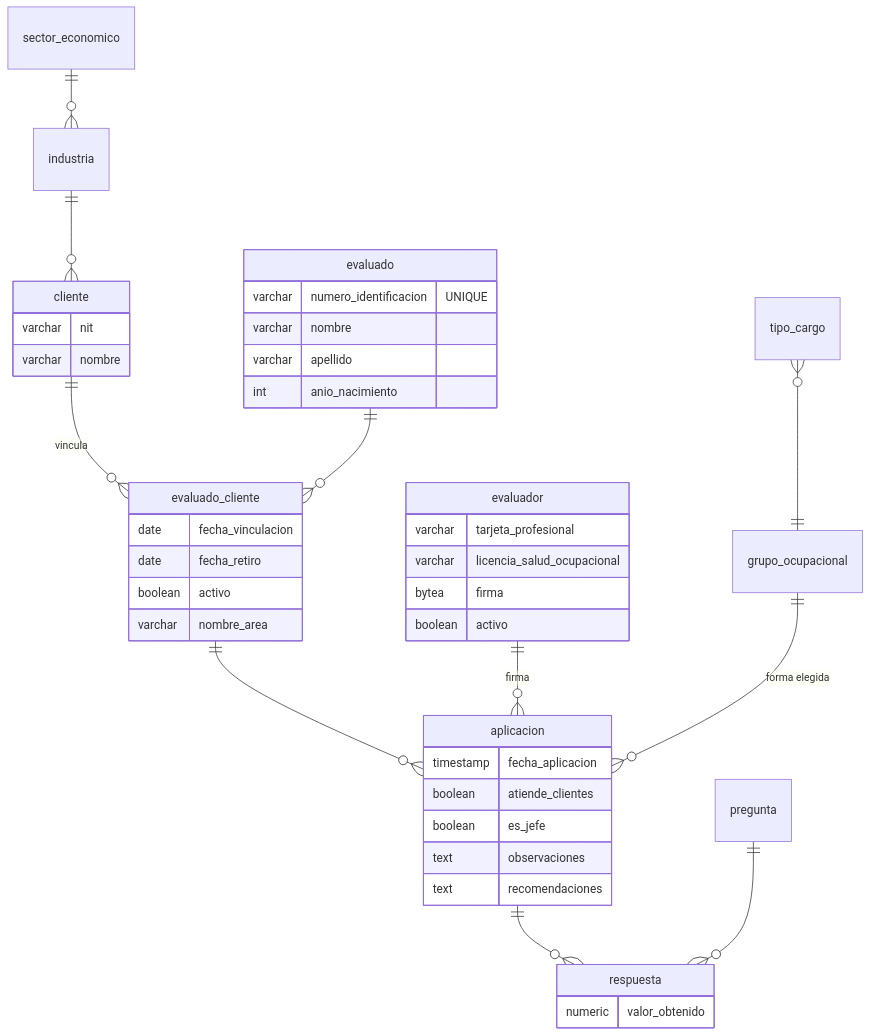
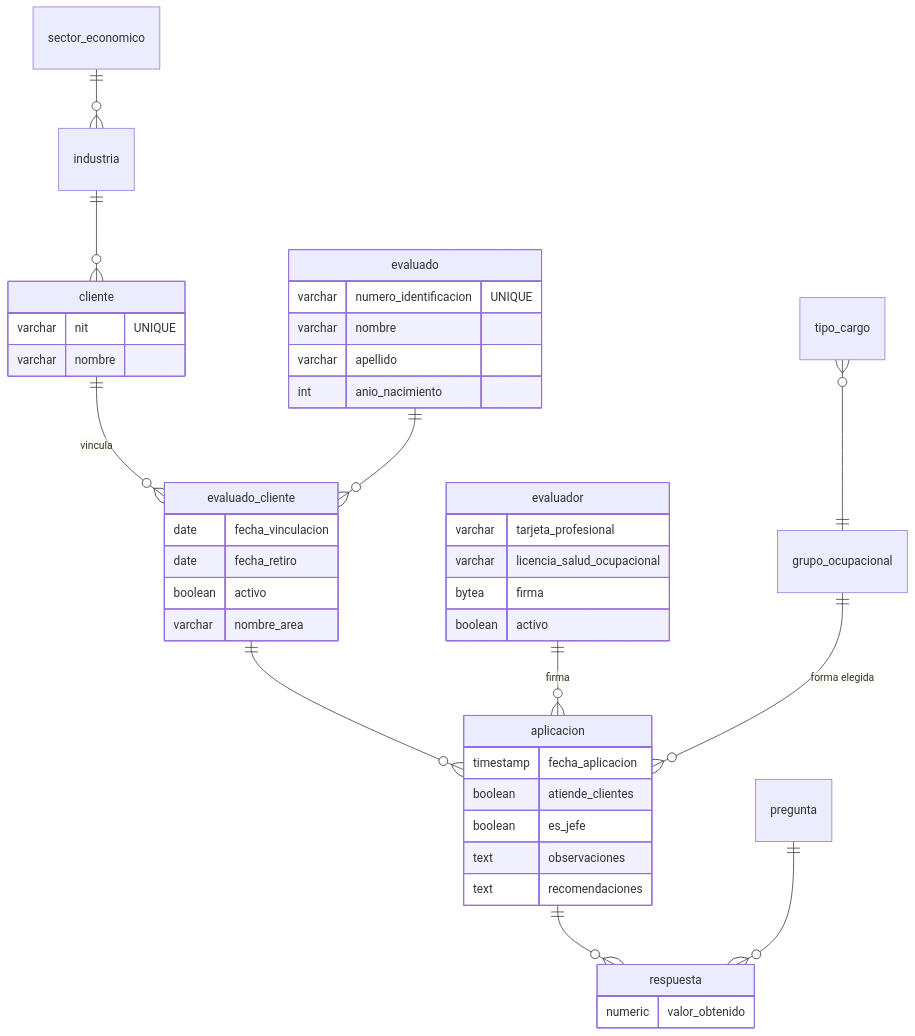
The second of 4 diagrams in docs/modelo-de-datos.md (edwintorxv/baterias_backend), drawn with Mermaid before and after one commit. The commit also changed other lines of this file and 5 other files, not shown here.

````diff
--- a/docs/modelo-de-datos.md
+++ b/docs/modelo-de-datos.md
@@ -88,46 +88,46 @@
 ```mermaid
 erDiagram
     cliente ||--o{ evaluado_cliente : "vincula"
     evaluado ||--o{ evaluado_cliente : ""
     evaluado_cliente ||--o{ aplicacion : ""
     aplicacion ||--o{ respuesta : ""
     pregunta ||--o{ respuesta : ""
     evaluador ||--o{ aplicacion : "firma"
     grupo_ocupacional ||--o{ aplicacion : "forma elegida"
     tipo_cargo }o--|| grupo_ocupacional : ""
     industria ||--o{ cliente : ""
     sector_economico ||--o{ industria : ""
 
     cliente {
-        varchar nit
+        varchar nit "UNIQUE"
         varchar nombre
     }
     evaluado {
         varchar numero_identificacion "UNIQUE"
         varchar nombre
         varchar apellido
         int anio_nacimiento
     }
     evaluado_cliente {
         date fecha_vinculacion
         date fecha_retiro
         boolean activo
         varchar nombre_area
     }
     aplicacion {
         timestamp fecha_aplicacion
         boolean atiende_clientes
         boolean es_jefe
         text observaciones
         text recomendaciones
     }
     respuesta {
         numeric valor_obtenido
     }
     evaluador {
         varchar tarjeta_profesional
         varchar licencia_salud_ocupacional
         bytea firma
         boolean activo
     }
 ```
````
